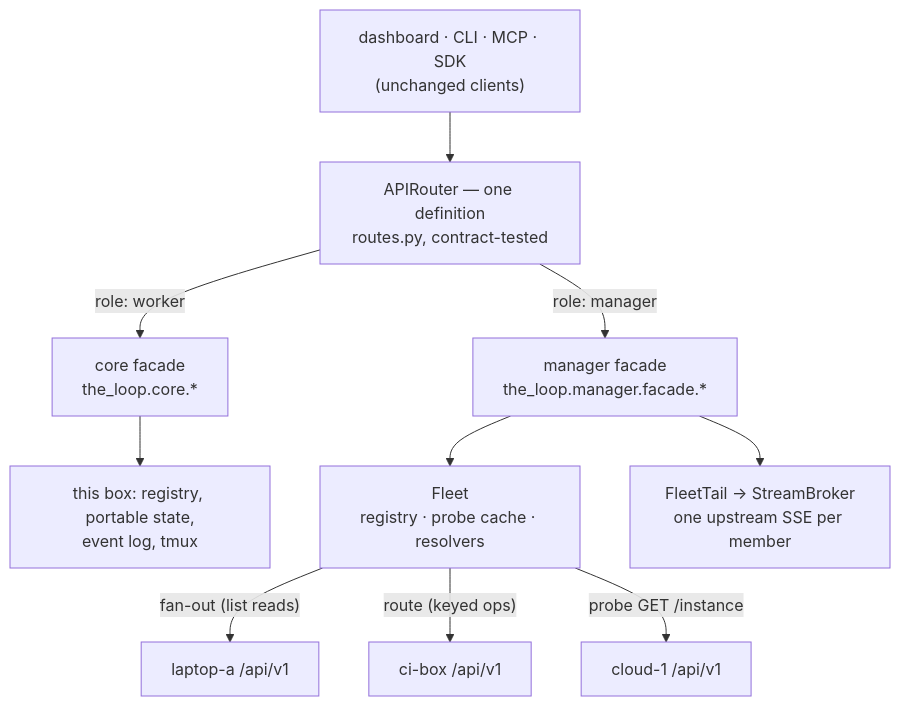
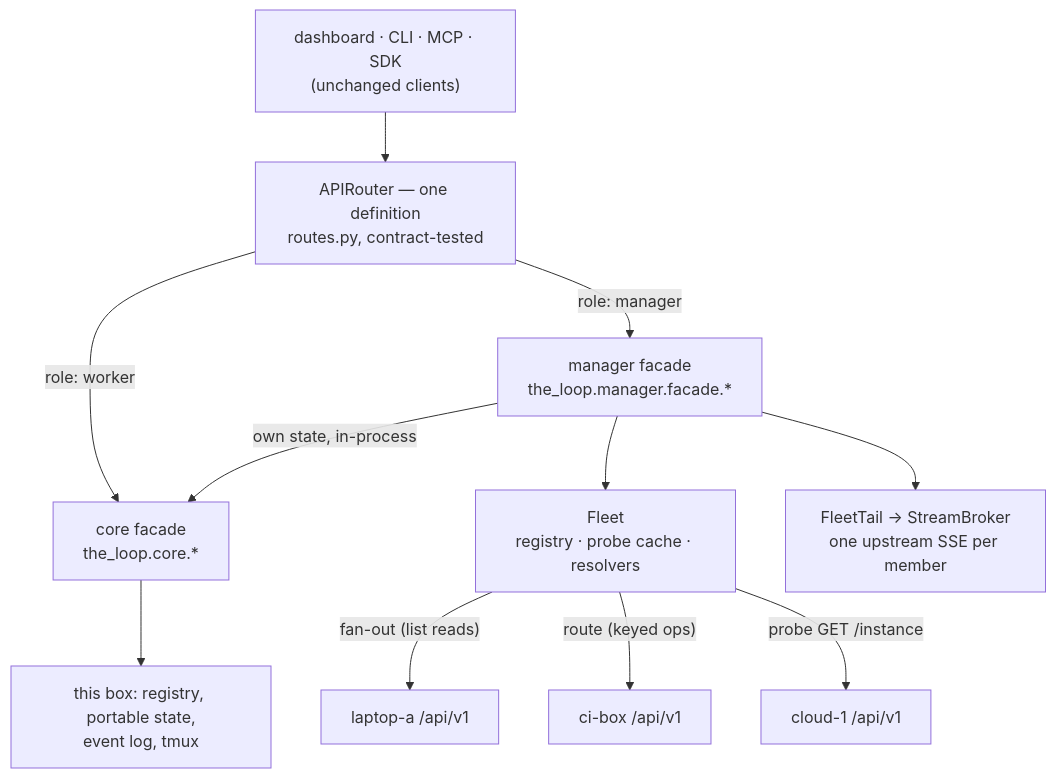
The first of 2 diagrams in docs/specs/issue-374/design.md (MadaraUchiha-314/the-loop), drawn with Mermaid before and after one commit. The commit also changed other lines of this file and 5 other files, not shown here.

````diff
--- a/docs/specs/issue-374/design.md
+++ b/docs/specs/issue-374/design.md
@@ -46,12 +46,13 @@
 ```mermaid
 flowchart TD
   UI["dashboard · CLI · MCP · SDK<br/>(unchanged clients)"] --> R["APIRouter — one definition<br/>routes.py, contract-tested"]
   R -->|"role: worker"| CF["core facade<br/>the_loop.core.*"]
   R -->|"role: manager"| MF["manager facade<br/>the_loop.manager.facade.*"]
   CF --> FS["this box: registry, portable state,<br/>event log, tmux"]
+  MF -->|"own state, in-process"| CF
   MF --> FL["Fleet<br/>registry · probe cache · resolvers"]
   FL -->|"fan-out (list reads)"| A["laptop-a /api/v1"]
   FL -->|"route (keyed ops)"| B["ci-box /api/v1"]
   FL -->|"probe GET /instance"| C["cloud-1 /api/v1"]
   MF --> ST["FleetTail → StreamBroker<br/>one upstream SSE per member"]
 ```
````
